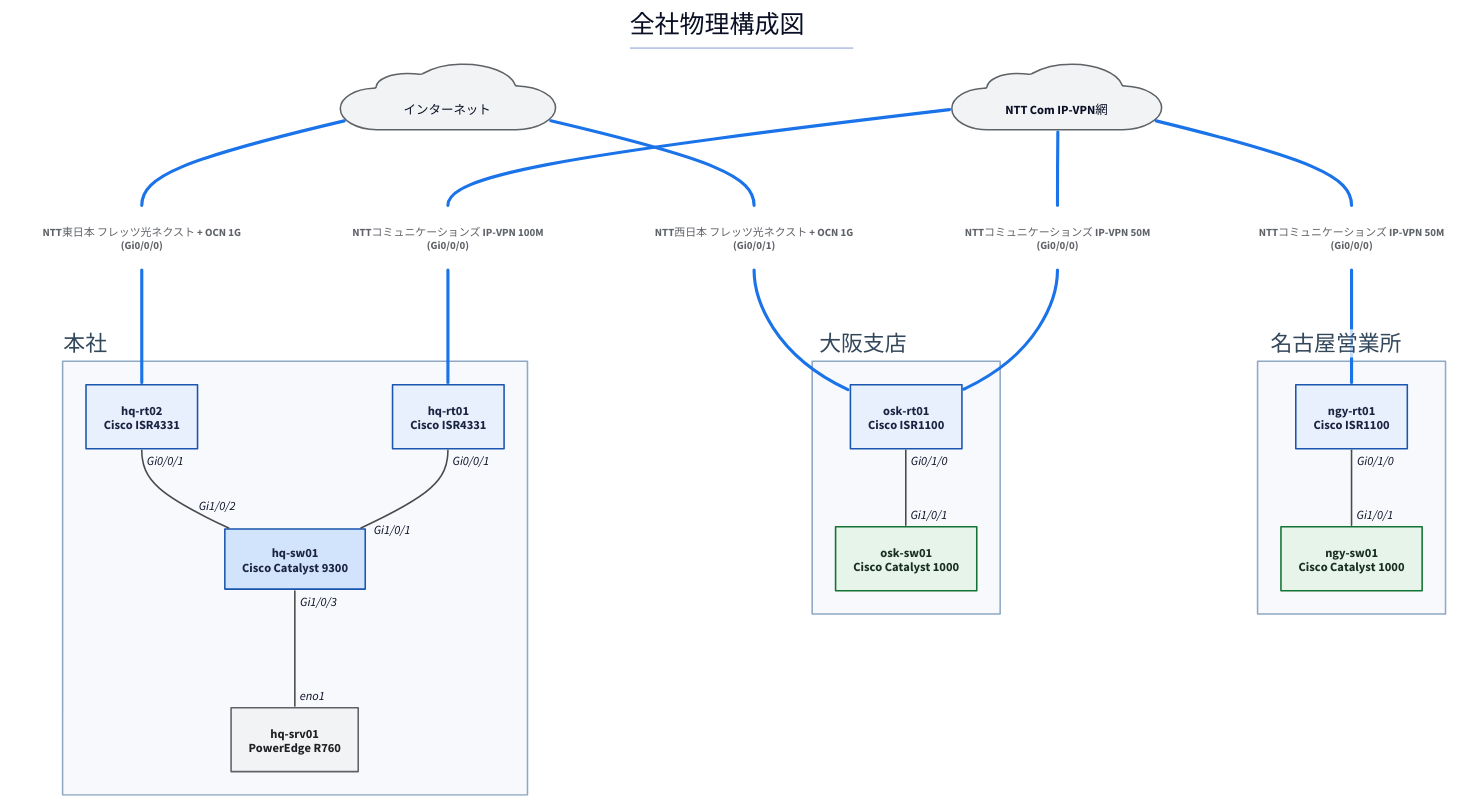
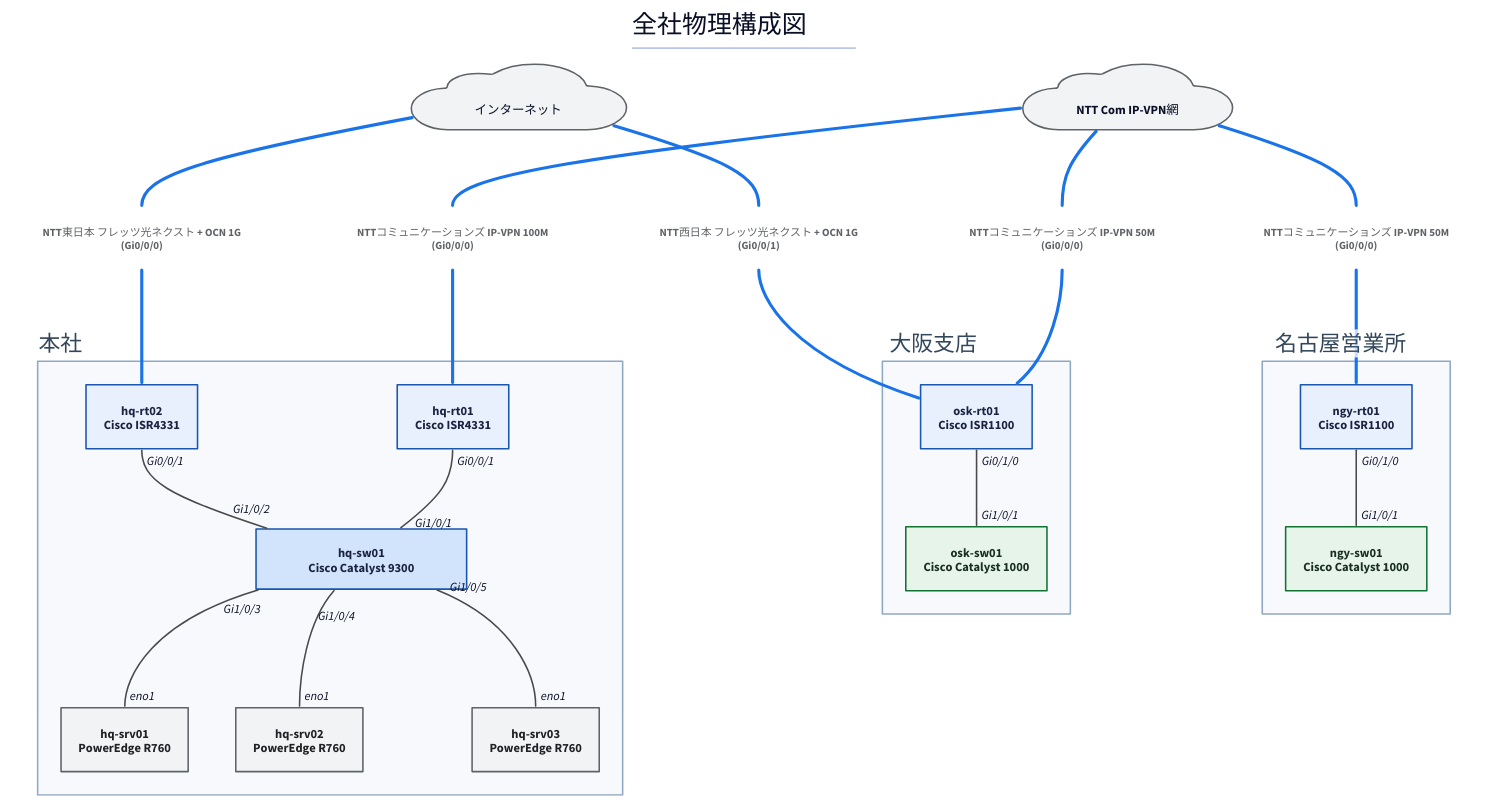
The diagram in examples/sample-corp/generated/physical-all.d2 (thinas1115/nwdsl), drawn with D2 before and after one commit. The commit also changed 25 other files, not shown here.

```diff
--- a/examples/sample-corp/generated/physical-all.d2
+++ b/examples/sample-corp/generated/physical-all.d2
@@ -1,70 +1,74 @@
 title: |md
   # 全社物理構成図
 | {near: top-center}
 direction: down
 
 classes: {
   role-router: {style.fill: "#e8f0fe"; style.stroke: "#1a56b0"; style.font-color: "#1a2340"}
   role-l3switch: {style.fill: "#d2e3fc"; style.stroke: "#1a56b0"; style.font-color: "#1a2340"}
   role-l2switch: {style.fill: "#e6f4ea"; style.stroke: "#137333"; style.font-color: "#1a2e1f"}
   role-firewall: {style.fill: "#fce8e6"; style.stroke: "#c5221f"; style.font-color: "#3c1a19"}
   role-other: {style.fill: "#f1f3f4"; style.stroke: "#5f6368"; style.font-color: "#202124"}
   node-cloud: {shape: cloud; style.fill: "#f1f3f4"; style.stroke: "#5f6368"}
   node-site: {style.fill: "#fff8e1"; style.stroke: "#b58105"; style.font-color: "#4a3a08"}
   node-segment: {style.fill: "#e2f5f0"; style.stroke: "#0f766e"; style.font-color: "#0b3d38"; style.border-radius: 12}
   node-external: {style.fill: "#ffffff"; style.stroke: "#9aa0a6"; style.stroke-dash: 3}
   group-site: {style.fill: "#f7f9fc"; style.stroke: "#8fa8c4"; style.font-color: "#33475b"}
   edge-label: {style.fill: "transparent"; style.stroke: "transparent"; style.font-size: 14; style.font-color: "#5f6368"; style.italic: true}
   edge-lan-cable: {style.stroke: "#4a4a4a"; style.stroke-width: 2}
   edge-wan-circuit: {style.stroke: "#1a73e8"; style.stroke-width: 4}
   edge-tunnel: {style.stroke: "#7b1fa2"; style.stroke-width: 2; style.stroke-dash: 5}
   edge-logical: {style.stroke: "#188038"; style.stroke-width: 2; style.stroke-dash: 3}
   edge-segment: {style.stroke: "#0f766e"; style.stroke-width: 1}
 }
 
 s_hq: "本社" {
   class: group-site
   label.near: outside-top-left
   n_hq_rt01: "hq-rt01\nCisco ISR4331" {class: role-router}
-  n_hq_sw01: "hq-sw01\nCisco Catalyst 9300" {class: role-l3switch; width: 180}
+  n_hq_sw01: "hq-sw01\nCisco Catalyst 9300" {class: role-l3switch; width: 270}
   n_hq_rt02: "hq-rt02\nCisco ISR4331" {class: role-router}
   n_hq_srv01: "hq-srv01\nPowerEdge R760" {class: role-other}
+  n_hq_srv02: "hq-srv02\nPowerEdge R760" {class: role-other}
+  n_hq_srv03: "hq-srv03\nPowerEdge R760" {class: role-other}
 }
 
 s_osk: "大阪支店" {
   class: group-site
   label.near: outside-top-left
   n_osk_rt01: "osk-rt01\nCisco ISR1100" {class: role-router}
   n_osk_sw01: "osk-sw01\nCisco Catalyst 1000" {class: role-l2switch}
 }
 
 s_ngy: "名古屋営業所" {
   class: group-site
   label.near: outside-top-left
   n_ngy_rt01: "ngy-rt01\nCisco ISR1100" {class: role-router}
   n_ngy_sw01: "ngy-sw01\nCisco Catalyst 1000" {class: role-l2switch}
 }
 
 n_ipvpn: "　NTT Com IP-VPN網　" {class: node-cloud}
 n_internet: "　インターネット　" {class: node-cloud}
 
 s_hq.n_hq_rt01 -- s_hq.n_hq_sw01 {class: edge-lan-cable; source-arrowhead.label: "Gi0/0/1"; target-arrowhead.label: "Gi1/0/1"}
 s_hq.n_hq_rt02 -- s_hq.n_hq_sw01 {class: edge-lan-cable; source-arrowhead.label: "Gi0/0/1"; target-arrowhead.label: "Gi1/0/2"}
 s_osk.n_osk_rt01 -- s_osk.n_osk_sw01 {class: edge-lan-cable; source-arrowhead.label: "Gi0/1/0"; target-arrowhead.label: "Gi1/0/1"}
 s_ngy.n_ngy_rt01 -- s_ngy.n_ngy_sw01 {class: edge-lan-cable; source-arrowhead.label: "Gi0/1/0"; target-arrowhead.label: "Gi1/0/1"}
 s_hq.n_hq_sw01 -- s_hq.n_hq_srv01 {class: edge-lan-cable; source-arrowhead.label: "Gi1/0/3"; target-arrowhead.label: "eno1"}
-lbl_5: "NTTコミュニケーションズ IP-VPN 100M\n(Gi0/0/0)" {class: edge-label}
-n_ipvpn -- lbl_5 {class: edge-wan-circuit}
-lbl_5 -- s_hq.n_hq_rt01 {class: edge-wan-circuit}
-lbl_6: "NTTコミュニケーションズ IP-VPN 50M\n(Gi0/0/0)" {class: edge-label}
-n_ipvpn -- lbl_6 {class: edge-wan-circuit}
-lbl_6 -- s_osk.n_osk_rt01 {class: edge-wan-circuit}
-lbl_7: "NTTコミュニケーションズ IP-VPN 50M\n(Gi0/0/0)" {class: edge-label}
+s_hq.n_hq_sw01 -- s_hq.n_hq_srv02 {class: edge-lan-cable; source-arrowhead.label: "Gi1/0/4"; target-arrowhead.label: "eno1"}
+s_hq.n_hq_sw01 -- s_hq.n_hq_srv03 {class: edge-lan-cable; source-arrowhead.label: "Gi1/0/5"; target-arrowhead.label: "eno1"}
+lbl_7: "NTTコミュニケーションズ IP-VPN 100M\n(Gi0/0/0)" {class: edge-label}
 n_ipvpn -- lbl_7 {class: edge-wan-circuit}
-lbl_7 -- s_ngy.n_ngy_rt01 {class: edge-wan-circuit}
-lbl_8: "NTT東日本 フレッツ光ネクスト + OCN 1G\n(Gi0/0/0)" {class: edge-label}
-n_internet -- lbl_8 {class: edge-wan-circuit}
-lbl_8 -- s_hq.n_hq_rt02 {class: edge-wan-circuit}
-lbl_9: "NTT西日本 フレッツ光ネクスト + OCN 1G\n(Gi0/0/1)" {class: edge-label}
-n_internet -- lbl_9 {class: edge-wan-circuit}
-lbl_9 -- s_osk.n_osk_rt01 {class: edge-wan-circuit}
+lbl_7 -- s_hq.n_hq_rt01 {class: edge-wan-circuit}
+lbl_8: "NTTコミュニケーションズ IP-VPN 50M\n(Gi0/0/0)" {class: edge-label}
+n_ipvpn -- lbl_8 {class: edge-wan-circuit}
+lbl_8 -- s_osk.n_osk_rt01 {class: edge-wan-circuit}
+lbl_9: "NTTコミュニケーションズ IP-VPN 50M\n(Gi0/0/0)" {class: edge-label}
+n_ipvpn -- lbl_9 {class: edge-wan-circuit}
+lbl_9 -- s_ngy.n_ngy_rt01 {class: edge-wan-circuit}
+lbl_10: "NTT東日本 フレッツ光ネクスト + OCN 1G\n(Gi0/0/0)" {class: edge-label}
+n_internet -- lbl_10 {class: edge-wan-circuit}
+lbl_10 -- s_hq.n_hq_rt02 {class: edge-wan-circuit}
+lbl_11: "NTT西日本 フレッツ光ネクスト + OCN 1G\n(Gi0/0/1)" {class: edge-label}
+n_internet -- lbl_11 {class: edge-wan-circuit}
+lbl_11 -- s_osk.n_osk_rt01 {class: edge-wan-circuit}
```
